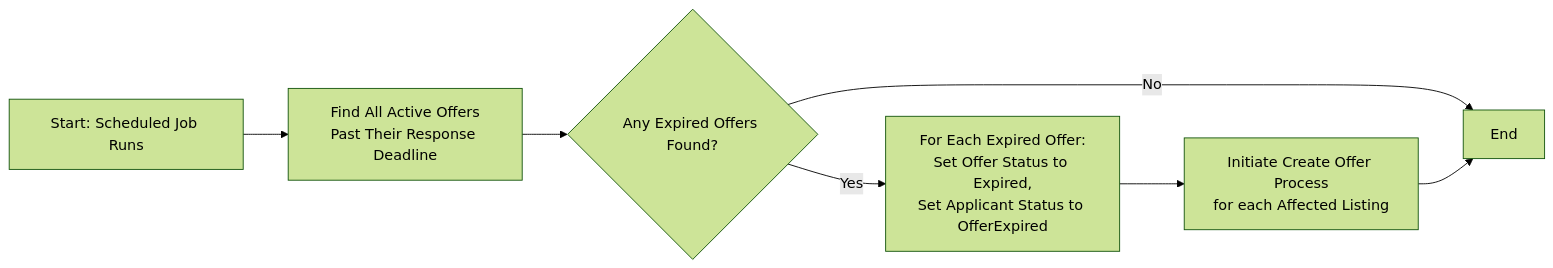
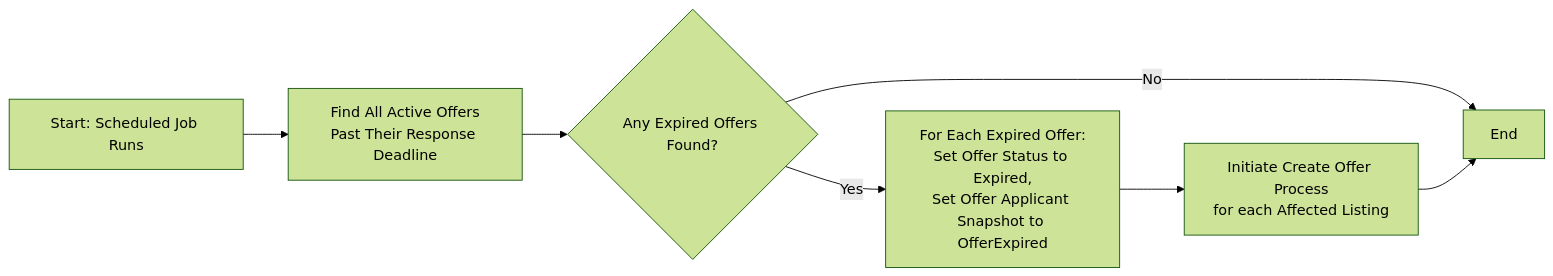
The first of 2 diagrams in core/src/processes/parkingspaces/internal/DOCS_Expire_Offer.md (Bostads-AB-Mimer/onecore), drawn with Mermaid (forest theme) before and after one commit. The commit also changed other lines of this file and 5 other files, not shown here.

Commit message:
Fix diagrams to match actual behavior, log silent script failures

````diff
--- a/core/src/processes/parkingspaces/internal/DOCS_Expire_Offer.md
+++ b/core/src/processes/parkingspaces/internal/DOCS_Expire_Offer.md
@@ -11,9 +11,9 @@
 ```mermaid
 flowchart LR
 A[Start: Scheduled Job Runs] --> B[Find All Active Offers<br/>Past Their Response Deadline]
 B --> C{Any Expired Offers Found?}
 C --> |No| O[End]
-C --> |Yes| D[For Each Expired Offer:<br/>Set Offer Status to Expired,<br/>Set Applicant Status to OfferExpired]
+C --> |Yes| D[For Each Expired Offer:<br/>Set Offer Status to Expired,<br/>Set Offer Applicant Snapshot to OfferExpired]
 D --> E[Initiate Create Offer Process<br/>for each Affected Listing]
 E --> O
 ```
````
